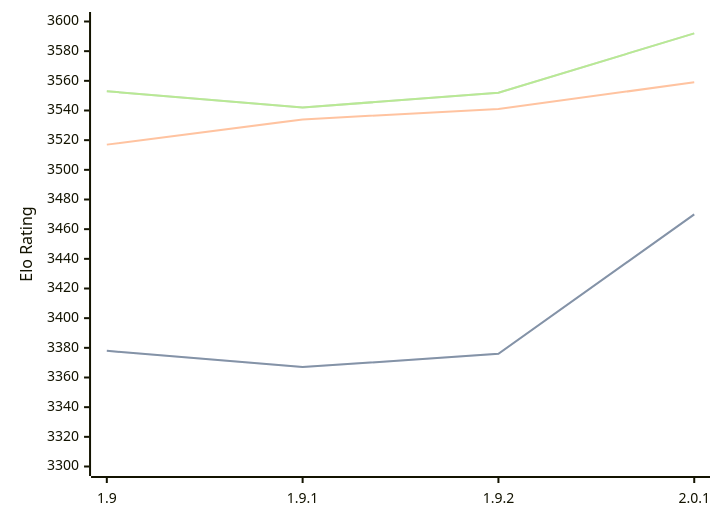
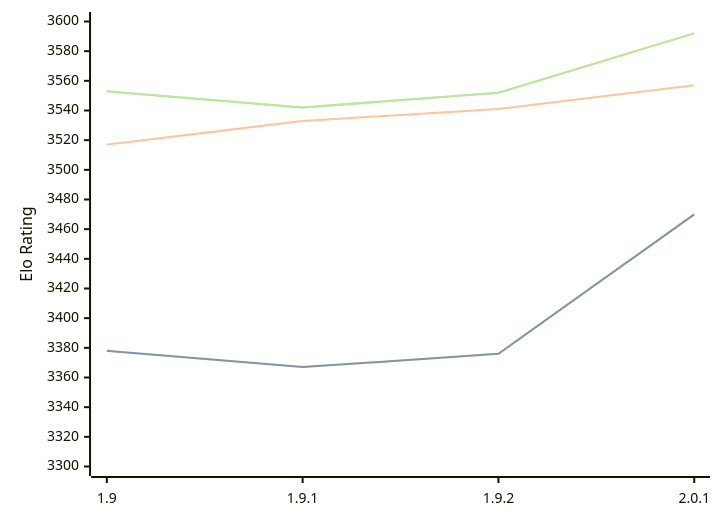
Before and after one commit to computer-chess-index/cci: the diagram in engines/Pawnocchio.md, drawn with Mermaid. The commit also changed other lines of this file, not shown here.

````diff
--- a/engines/Pawnocchio.md
+++ b/engines/Pawnocchio.md
@@ -36,11 +36,11 @@
 ```mermaid
 %%{init: {"theme":"base","themeVariables":{"seriesColors:['#a3a3a3','#222221','#faa371']}}}%%
 xychart-beta
   x-axis ["1.9", "1.9.1", "1.9.2", "2.0.1"]
   y-axis "Elo Rating" 3300 --> 3600
   line "" [3378, 3367, 3376, 3470]
   line "STC (8.0+0.08s)" [3378, 3367, 3376, 3470]
-  line "LTC (60.0+0.60s)" [3517, 3534, 3541, 3559]
+  line "LTC (60.0+0.60s)" [3517, 3533, 3541, 3557]
   line "" [3553, 3542, 3552, 3592]
   line "VLTC (2m24s+1.12s)" [3553, 3542, 3552, 3592]
 ```
````
